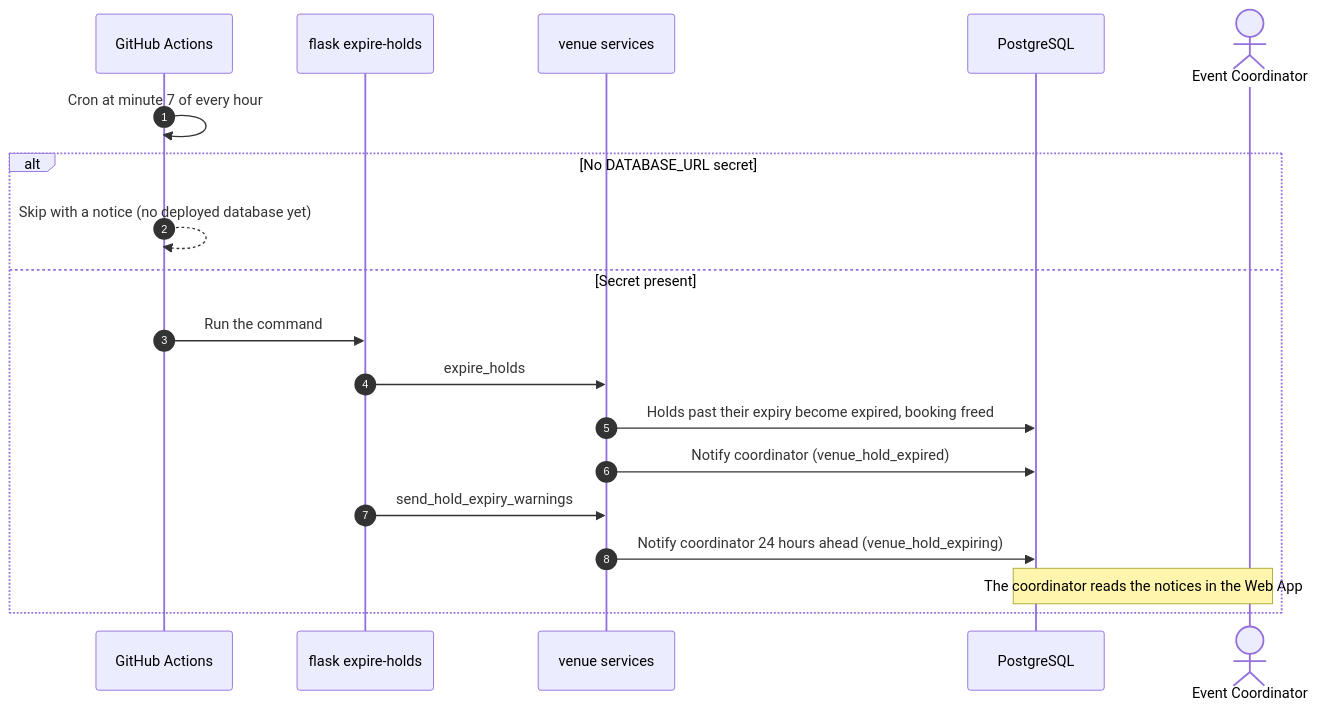
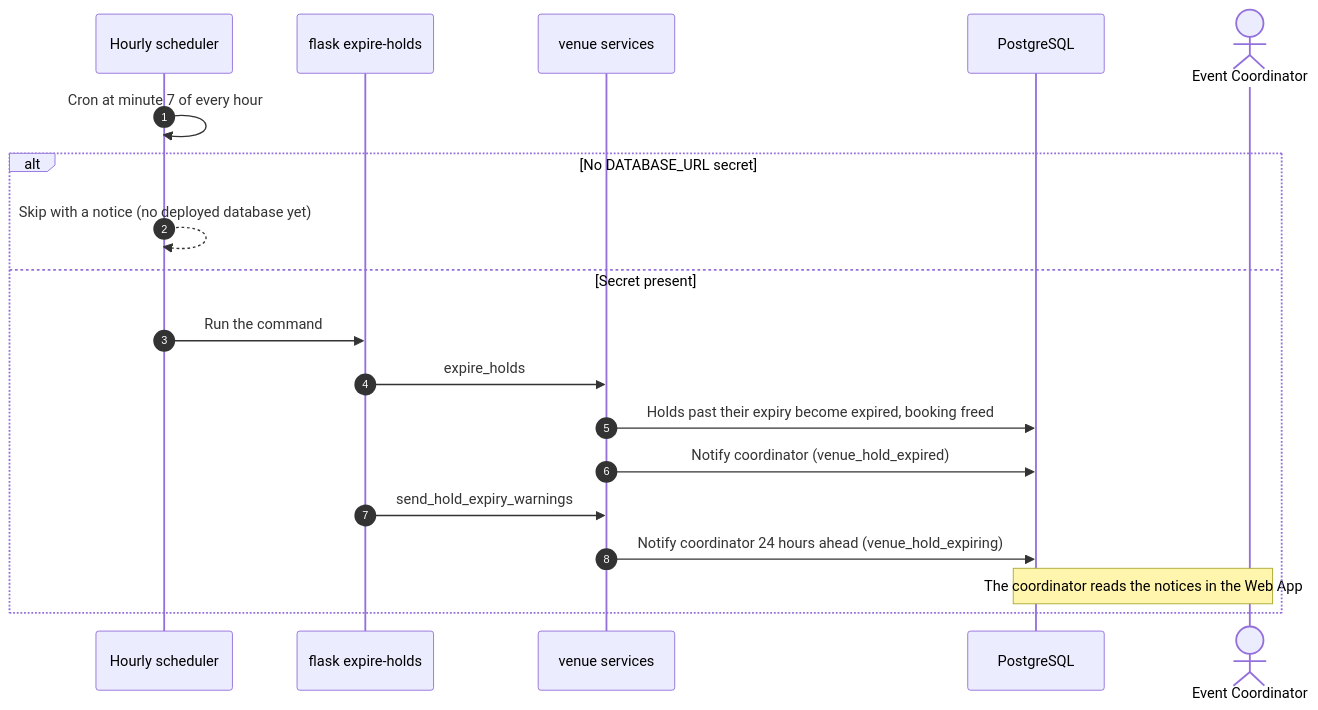
One commit to cheekfg897/SPM-Software-Project-Management- changed the fifth of 5 diagrams in docs/architecture/07-uml-sequence-diagrams.md. Above: the diagram before and after it, drawn with Mermaid. The commit also changed 7 other files, not shown here.

Commit message:
docs(SCRUM-78): remove github actions and telegram bot from C4 diagrams

````diff
--- a/docs/architecture/07-uml-sequence-diagrams.md
+++ b/docs/architecture/07-uml-sequence-diagrams.md
@@ -139,22 +139,22 @@
 ```mermaid
 sequenceDiagram
   autonumber
-  participant GHA as GitHub Actions
+  participant GHA as Hourly scheduler
   participant CLI as flask expire-holds
   participant Ve as venue services
   participant DB as PostgreSQL
   actor Coord as Event Coordinator
 
   GHA->>GHA: Cron at minute 7 of every hour
   alt No DATABASE_URL secret
     GHA-->>GHA: Skip with a notice (no deployed database yet)
   else Secret present
     GHA->>CLI: Run the command
     CLI->>Ve: expire_holds
     Ve->>DB: Holds past their expiry become expired, booking freed
     Ve->>DB: Notify coordinator (venue_hold_expired)
     CLI->>Ve: send_hold_expiry_warnings
     Ve->>DB: Notify coordinator 24 hours ahead (venue_hold_expiring)
     Note over DB,Coord: The coordinator reads the notices in the Web App
   end
 ```
````
